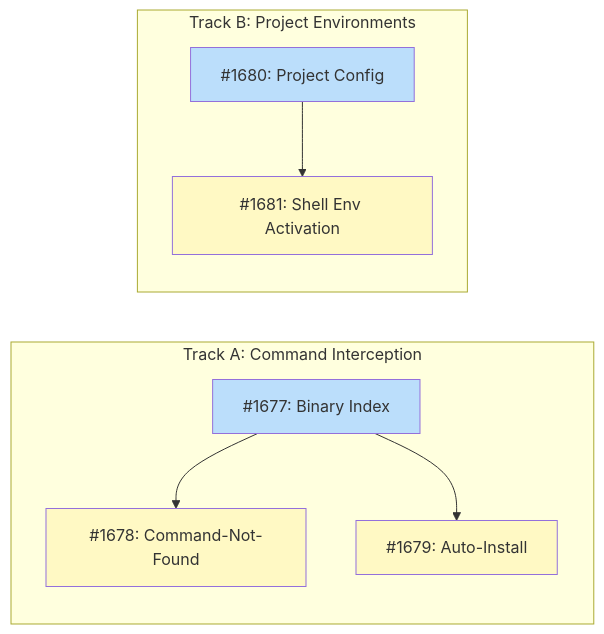
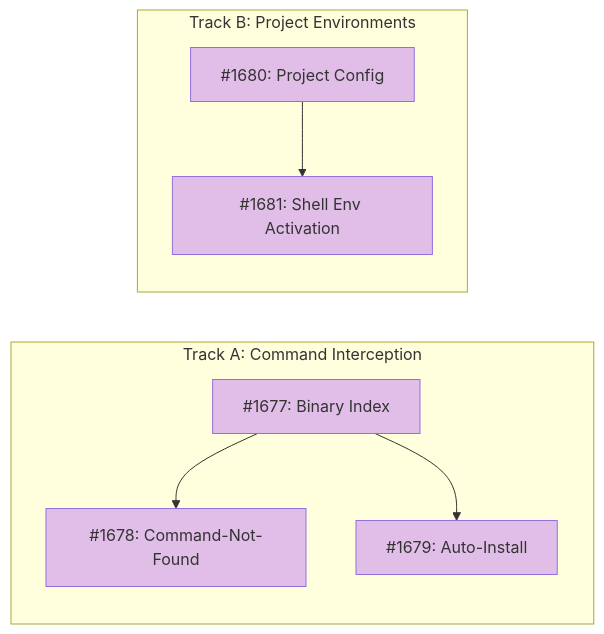
One commit to tsukumogami/tsuku changed the diagram in docs/designs/DESIGN-shell-integration-building-blocks.md. Above: the diagram before and after it, drawn with Mermaid.

Commit message:
fix(shell-integration): use needsDesign class for all issues in diagram

````diff
--- a/docs/designs/DESIGN-shell-integration-building-blocks.md
+++ b/docs/designs/DESIGN-shell-integration-building-blocks.md
@@ -36,25 +36,24 @@
 ```mermaid
 graph LR
     subgraph TrackA["Track A: Command Interception"]
         I1677["#1677: Binary Index"]
         I1678["#1678: Command-Not-Found"]
         I1679["#1679: Auto-Install"]
     end
 
     subgraph TrackB["Track B: Project Environments"]
         I1680["#1680: Project Config"]
         I1681["#1681: Shell Env Activation"]
     end
 
     I1677 --> I1678
     I1677 --> I1679
     I1680 --> I1681
 
     classDef done fill:#c8e6c9
     classDef ready fill:#bbdefb
     classDef blocked fill:#fff9c4
     classDef needsDesign fill:#e1bee7
 
-    class I1677,I1680 ready
-    class I1678,I1679,I1681 blocked
+    class I1677,I1678,I1679,I1680,I1681 needsDesign
 ```
````
